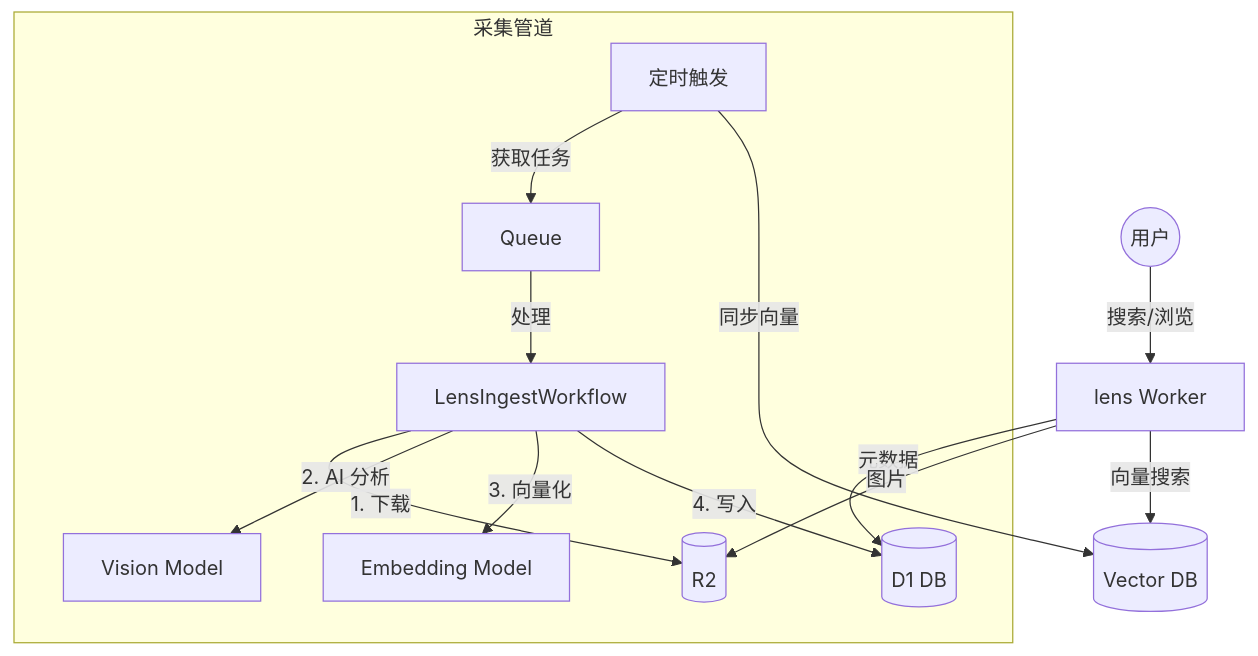
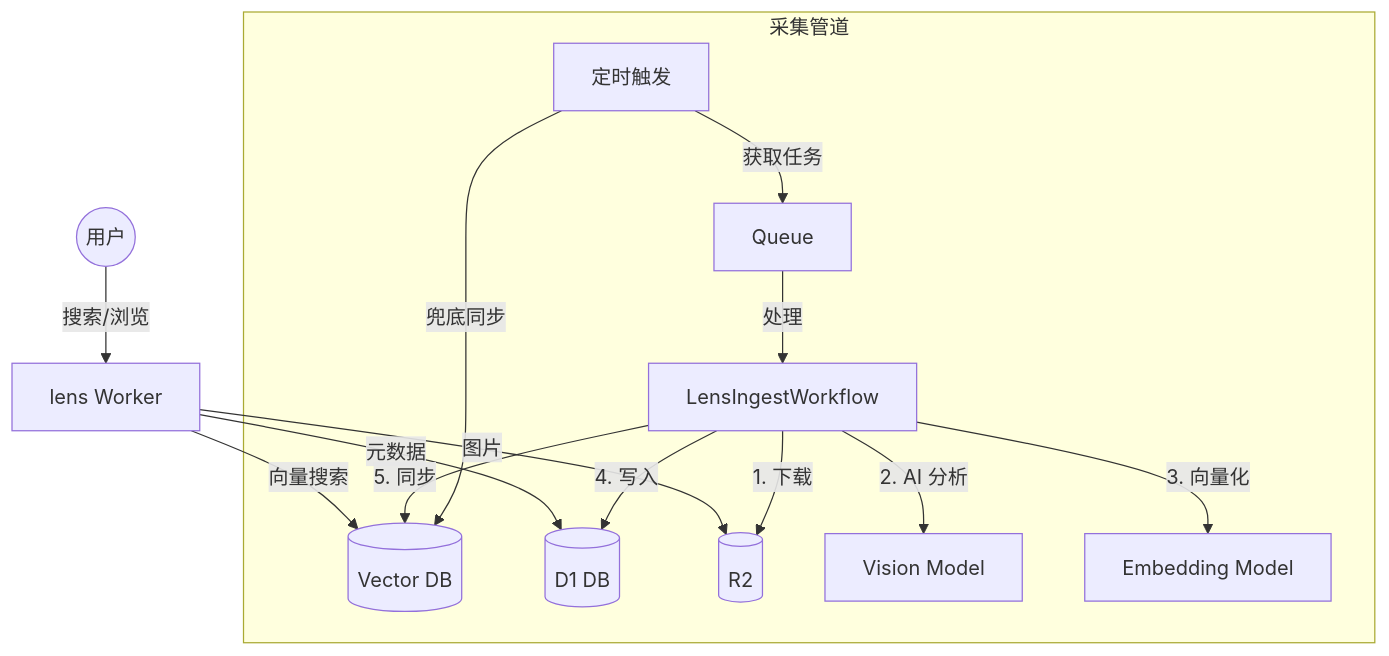
The diagram in docs/architecture/DESIGN.md (7893/lens), drawn with Mermaid before and after one commit. The commit also changed other lines of this file and 1 other file, not shown here.

Commit message:
docs: update pipeline flow and highlights

````diff
--- a/docs/architecture/DESIGN.md
+++ b/docs/architecture/DESIGN.md
@@ -7,18 +7,19 @@
 ```mermaid
 graph TD
     User((用户)) -->|搜索/浏览| Worker[lens Worker]
     Worker -->|向量搜索| Vectorize[(Vector DB)]
     Worker -->|元数据| D1[(D1 DB)]
     Worker -->|图片| R2[(R2)]
     
     subgraph 采集管道
         Cron[定时触发] -->|获取任务| Queue[Queue]
         Queue -->|处理| Workflow[LensIngestWorkflow]
         Workflow -->|1. 下载| R2
         Workflow -->|2. AI 分析| AI_Vision[Vision Model]
         Workflow -->|3. 向量化| AI_Embed[Embedding Model]
         Workflow -->|4. 写入| D1
+        Workflow -->|5. 同步| Vectorize
     end
     
-    Cron -->|同步向量| Vectorize
+    Cron -->|兜底同步| Vectorize
 ```
````
